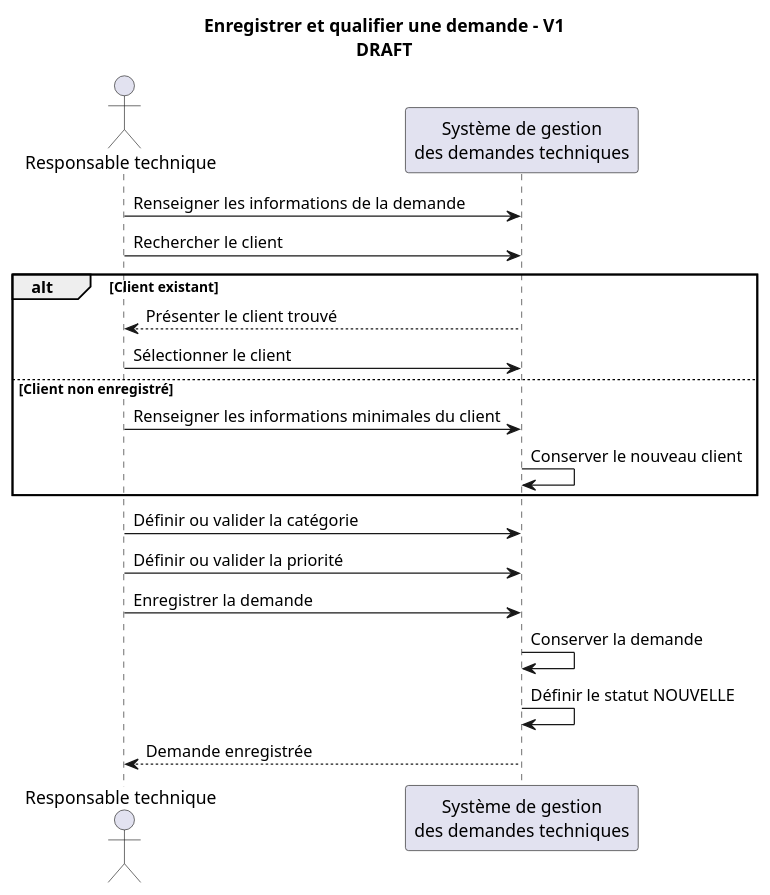
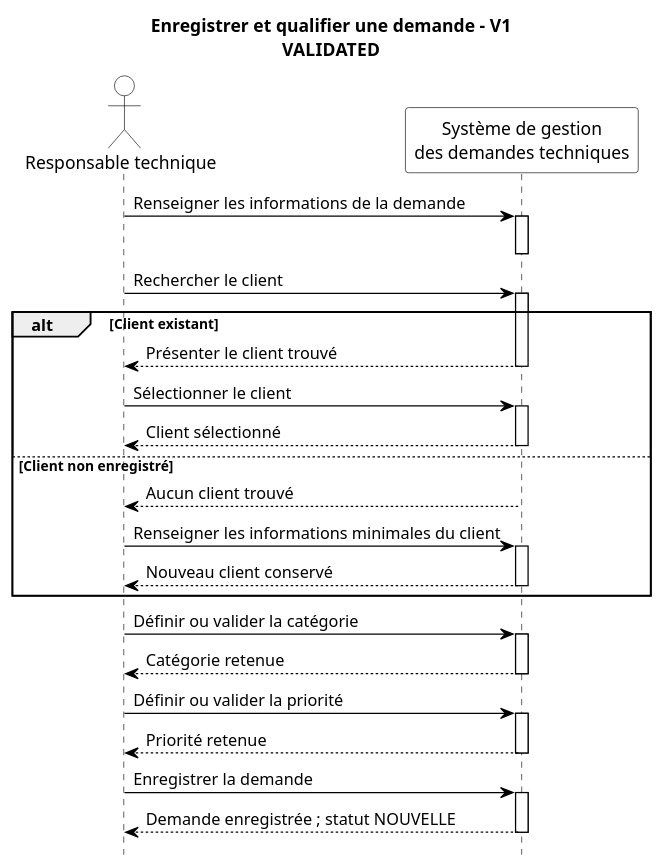
The diagram in docs/uml/sequence/register-qualify-request-v1.puml (akrouty/gestion-demandes-techniques), drawn with PlantUML before and after one commit. The commit also changed 4 other files, not shown here.

Commit message:
sequnce diagrame validation

```diff
--- a/docs/uml/sequence/register-qualify-request-v1.puml
+++ b/docs/uml/sequence/register-qualify-request-v1.puml
@@ -1,27 +1,66 @@
 @startuml
 
-' Statut : DRAFT
-title Enregistrer et qualifier une demande - V1\nDRAFT
+' Statut : VALIDATED
+title Enregistrer et qualifier une demande - V1\nVALIDATED
+
+hide footbox
+skinparam monochrome true
+skinparam shadowing false
+skinparam backgroundColor white
+skinparam sequence {
+  ArrowColor black
+  ActorBorderColor black
+  ActorBackgroundColor white
+  ActorFontColor black
+  ParticipantBorderColor black
+  ParticipantBackgroundColor white
+  ParticipantFontColor black
+  LifeLineBorderColor black
+  LifeLineBackgroundColor white
+  GroupBorderColor black
+  GroupHeaderFontColor black
+  GroupBodyBackgroundColor white
+}
 
 actor "Responsable technique" as RT
 participant "Système de gestion\ndes demandes techniques" as SYSTEM
 
 RT -> SYSTEM : Renseigner les informations de la demande
+activate SYSTEM
+deactivate SYSTEM
+
 RT -> SYSTEM : Rechercher le client
+activate SYSTEM
 
 alt Client existant
   SYSTEM --> RT : Présenter le client trouvé
+  deactivate SYSTEM
   RT -> SYSTEM : Sélectionner le client
+  activate SYSTEM
+  SYSTEM --> RT : Client sélectionné
+  deactivate SYSTEM
 else Client non enregistré
+  SYSTEM --> RT : Aucun client trouvé
+  deactivate SYSTEM
   RT -> SYSTEM : Renseigner les informations minimales du client
-  SYSTEM -> SYSTEM : Conserver le nouveau client
+  activate SYSTEM
+  SYSTEM --> RT : Nouveau client conservé
+  deactivate SYSTEM
 end
 
 RT -> SYSTEM : Définir ou valider la catégorie
+activate SYSTEM
+SYSTEM --> RT : Catégorie retenue
+deactivate SYSTEM
+
 RT -> SYSTEM : Définir ou valider la priorité
+activate SYSTEM
+SYSTEM --> RT : Priorité retenue
+deactivate SYSTEM
+
 RT -> SYSTEM : Enregistrer la demande
-SYSTEM -> SYSTEM : Conserver la demande
-SYSTEM -> SYSTEM : Définir le statut NOUVELLE
-SYSTEM --> RT : Demande enregistrée
+activate SYSTEM
+SYSTEM --> RT : Demande enregistrée ; statut NOUVELLE
+deactivate SYSTEM
 
 @enduml
```
